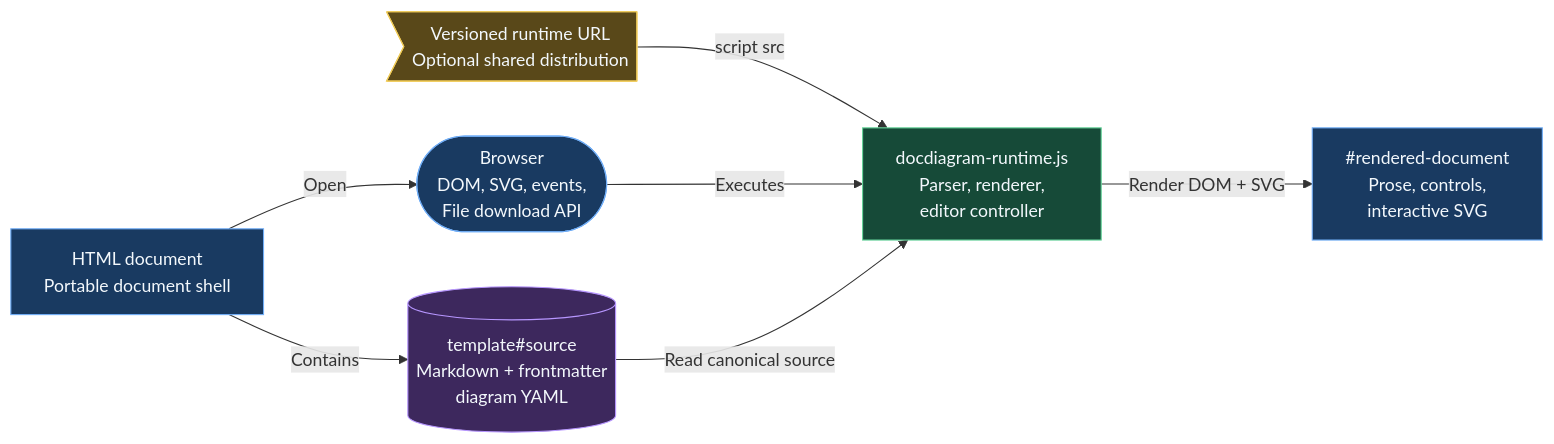
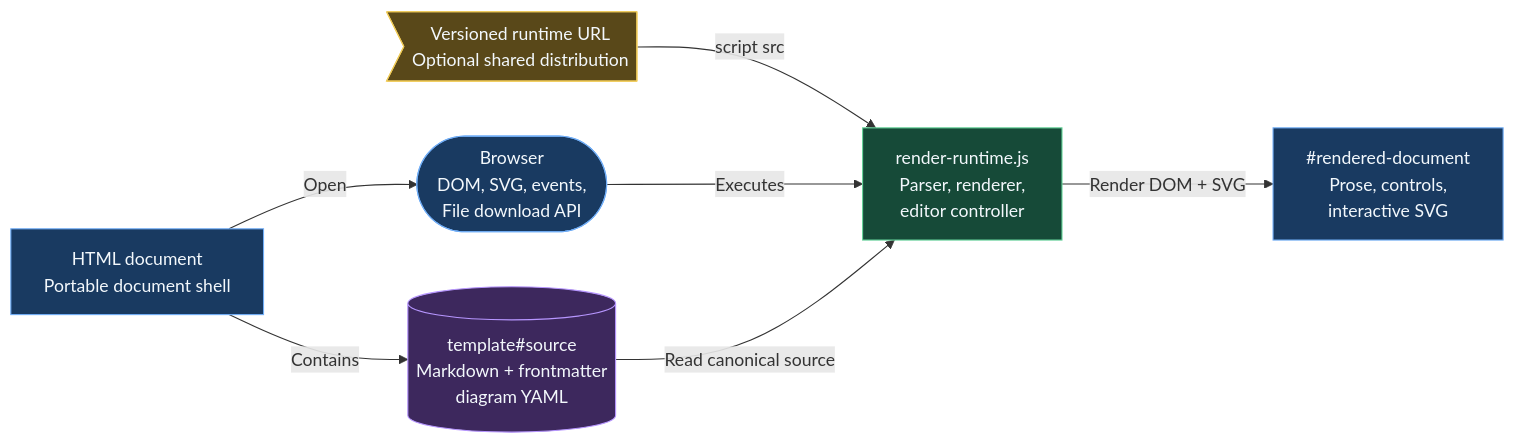
Before and after one commit to sparkkz-nz/render: the first of 4 diagrams in application-architecture.md, drawn with Mermaid. The commit also changed other lines of this file and 10 other files, not shown here.

````diff
--- a/application-architecture.md
+++ b/application-architecture.md
@@ -22,25 +22,25 @@
 ```mermaid
 flowchart LR
   htmlDocument[HTML document<br/>Portable document shell]
   sourceTemplate[(template#source<br/>Markdown + frontmatter<br/>diagram YAML)]
   browser([Browser<br/>DOM, SVG, events,<br/>File download API])
-  runtime[docdiagram-runtime.js<br/>Parser, renderer,<br/>editor controller]
+  runtime[render-runtime.js<br/>Parser, renderer,<br/>editor controller]
   renderedOutput[#rendered-document<br/>Prose, controls,<br/>interactive SVG]
   hostedRuntime>Versioned runtime URL<br/>Optional shared distribution]
 
   htmlDocument -->|Contains| sourceTemplate
   htmlDocument -->|Open| browser
   hostedRuntime -->|script src| runtime
   browser -->|Executes| runtime
   sourceTemplate -->|Read canonical source| runtime
   runtime -->|Render DOM + SVG| renderedOutput
 
   classDef application fill:#193A61,stroke:#71AEF7,color:#F3F8FC
   classDef service fill:#164A38,stroke:#66D39A,color:#F3F8FC
   classDef datastore fill:#3D285D,stroke:#B796FF,color:#F3F8FC
   classDef note fill:#594819,stroke:#F1CC58,color:#F3F8FC
   class htmlDocument,browser,renderedOutput application
   class runtime service
   class sourceTemplate datastore
   class hostedRuntime note
 ```
````
